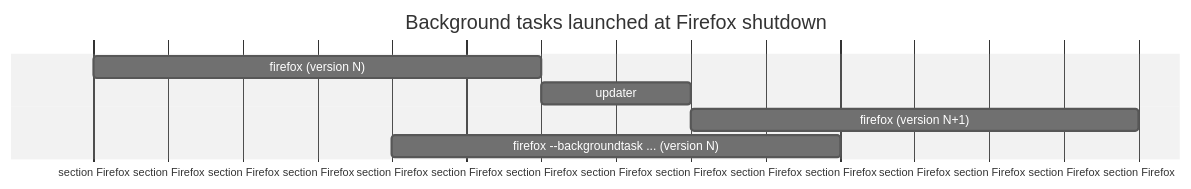
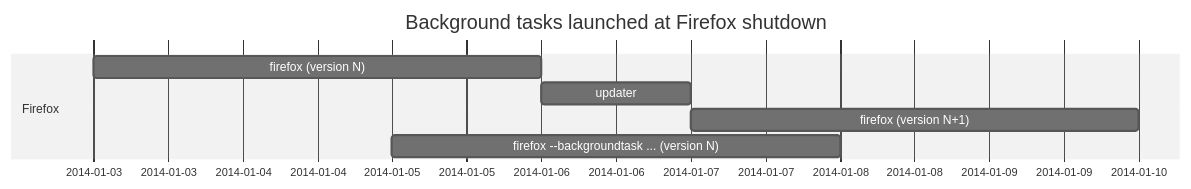
The diagram in toolkit/components/backgroundtasks/docs/index.md (marco-c/gecko-dev-comments-removed), drawn with Mermaid (neutral theme) before and after one commit.

Commit message:
Bug 2088498 - Hide the axis labels of the background tasks gantt chart. r=firefox-source-docs-reviewers,sylvestre DONTBUILD

UltraBlame original commit: 6da053dcf5dd4c75e0fcab8df4b25c826d5e237f

````diff
--- a/toolkit/components/backgroundtasks/docs/index.md
+++ b/toolkit/components/backgroundtasks/docs/index.md
@@ -100,11 +100,11 @@
 ```{mermaid}
+:config: {"gantt": {"axisFormat": " "}}
     gantt
         title Background tasks launched at Firefox shutdown
         dateFormat  YYYY-MM-DD
-        axisFormat
         section Firefox
         firefox (version N)                      :2014-01-03, 3d
         updater                                  :2014-01-06, 1d
         firefox (version N+1)                    :2014-01-07, 3d
         firefox --backgroundtask ... (version N) :2014-01-05, 3d
 ```
````
